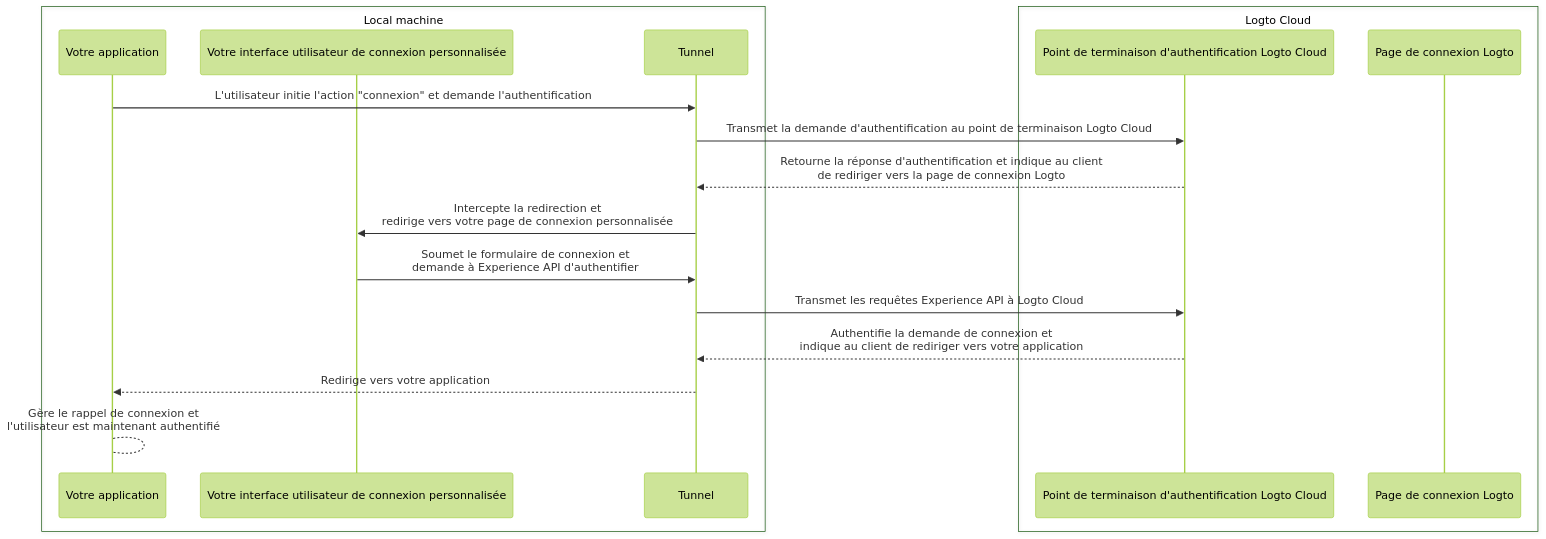
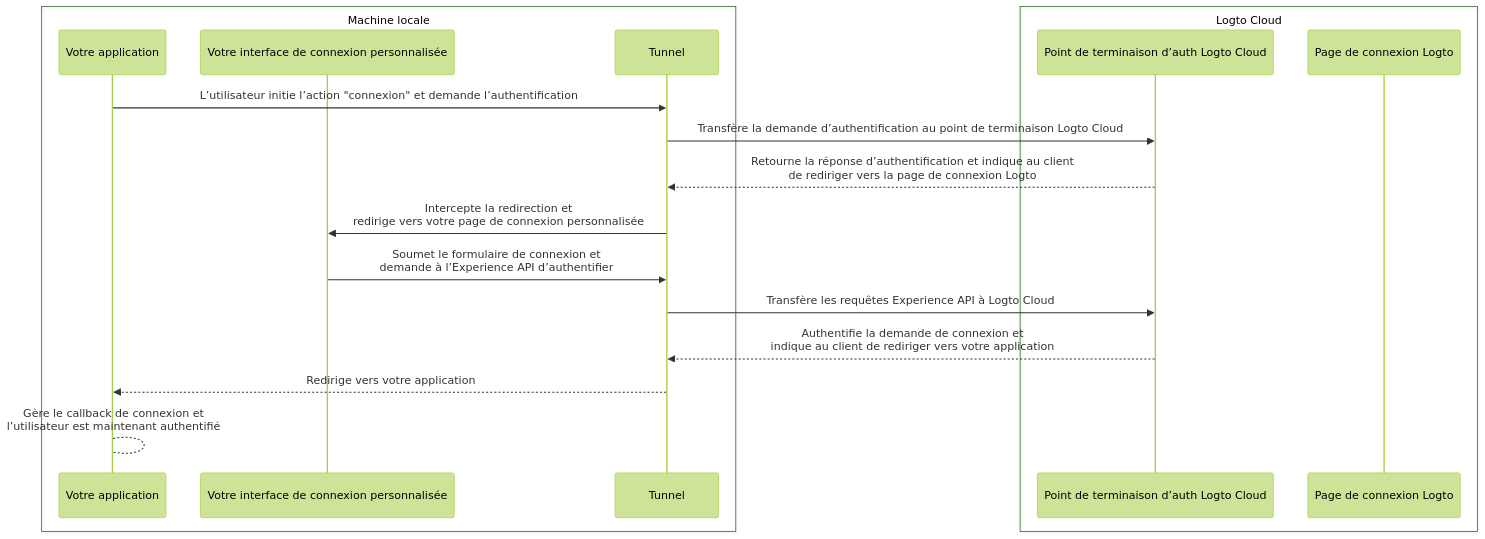
One commit to logto-io/docs changed the second of 2 diagrams in i18n/fr/docusaurus-plugin-content-docs/current/customization/bring-your-ui/debug-and-test-your-custom-ui-locally.mdx. Above: the diagram before and after it, drawn with Mermaid (forest theme). The commit also changed other lines of this file and 666 other files, not shown here.

````diff
--- a/i18n/fr/docusaurus-plugin-content-docs/current/customization/bring-your-ui/debug-and-test-your-custom-ui-locally.mdx
+++ b/i18n/fr/docusaurus-plugin-content-docs/current/customization/bring-your-ui/debug-and-test-your-custom-ui-locally.mdx
@@ -42,21 +45,21 @@
 ```mermaid
 sequenceDiagram
-    box Local machine
+    box Machine locale
     participant A as Votre application
-    participant B as Votre interface utilisateur de connexion personnalisée
+    participant B as Votre interface de connexion personnalisée
     participant C as Tunnel
     end
     box Logto Cloud
-    participant D as Point de terminaison d'authentification Logto Cloud
+    participant D as Point de terminaison d’auth Logto Cloud
     participant E as Page de connexion Logto
     end
-    A ->> C: L'utilisateur initie l'action "connexion" et demande l'authentification
-    C ->> D: Transmet la demande d'authentification au point de terminaison Logto Cloud
-    D -->> C: Retourne la réponse d'authentification et indique au client<br/>de rediriger vers la page de connexion Logto
+    A ->> C: L’utilisateur initie l’action "connexion" et demande l’authentification
+    C ->> D: Transfère la demande d’authentification au point de terminaison Logto Cloud
+    D -->> C: Retourne la réponse d’authentification et indique au client<br/>de rediriger vers la page de connexion Logto
     C ->> B: Intercepte la redirection et<br/>redirige vers votre page de connexion personnalisée
-    B ->> C: Soumet le formulaire de connexion et<br/>demande à Experience API d'authentifier
-    C ->> D: Transmet les requêtes Experience API à Logto Cloud
+    B ->> C: Soumet le formulaire de connexion et<br/>demande à l’Experience API d’authentifier
+    C ->> D: Transfère les requêtes Experience API à Logto Cloud
     D -->> C: Authentifie la demande de connexion et<br/>indique au client de rediriger vers votre application
     C -->> A: Redirige vers votre application
-    A --> A: Gère le rappel de connexion et<br/>l'utilisateur est maintenant authentifié
+    A --> A: Gère le callback de connexion et<br/>l’utilisateur est maintenant authentifié
 ```
````
